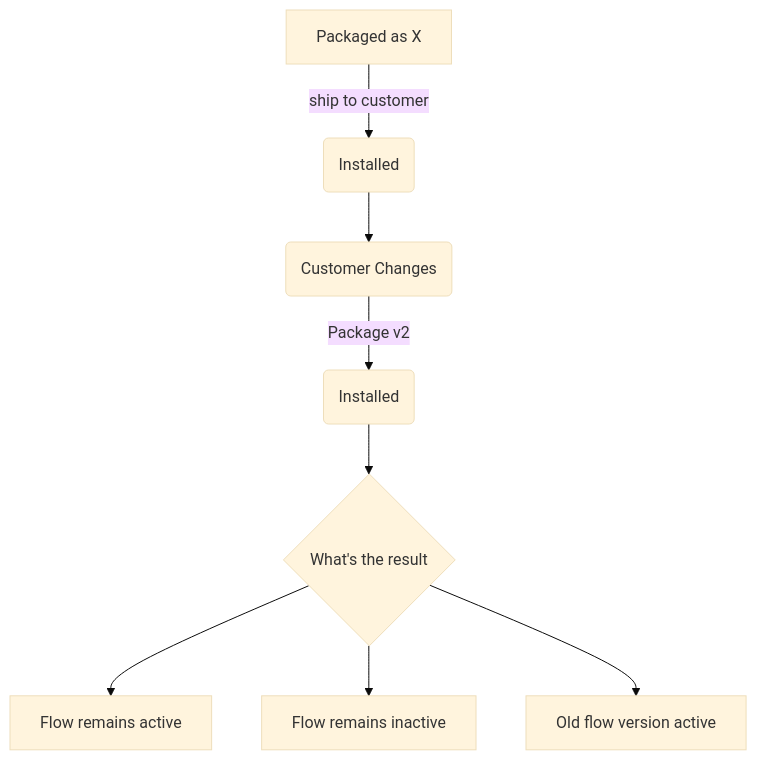
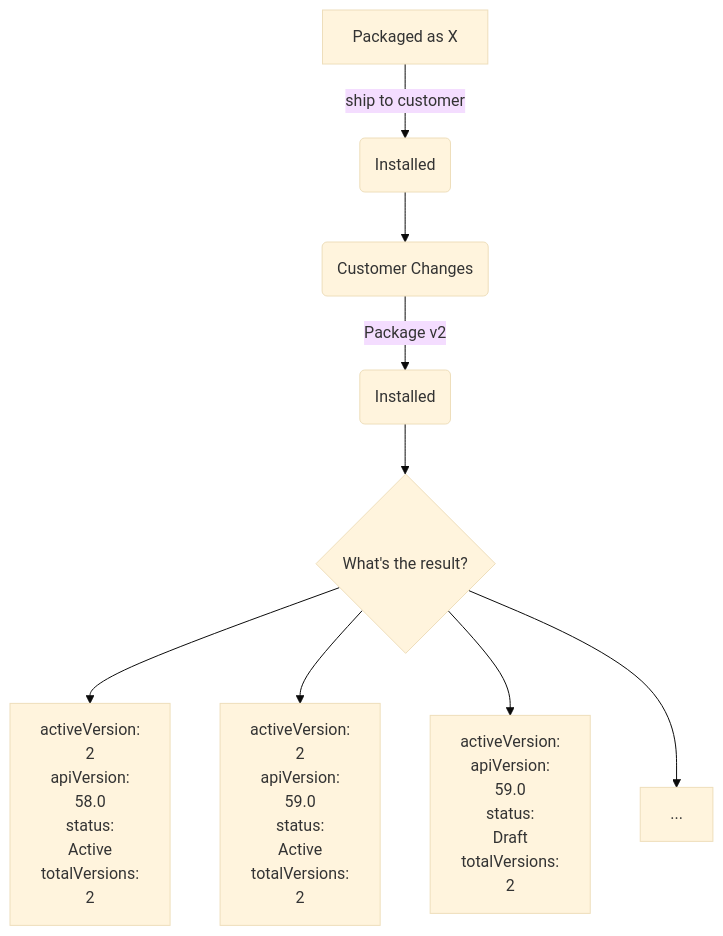
The diagram in README.md (mvogelgesang/flownarios), drawn with Mermaid (base theme) before and after one commit. The commit also changed other lines of this file and 2 other files, not shown here.

Commit message:
changed html page to index and added functionality to capture URL params to make for easier bookmarking and link sharing. Finalized README to explain how to run the experiment as well as what it does.

````diff
--- a/README.md
+++ b/README.md
@@ -19,10 +21,31 @@
 ```mermaid
 flowchart TD
     A[Packaged as X] -->|ship to customer| B(Installed)
     B -->C(Customer Changes)
     C -->|Package v2| D(Installed)
-    D -->E{What's the result}
-    E -->F[Flow remains active]
-    E -->G[Flow remains inactive]
-    E -->H[Old flow version active]
+    D -->E{What's the result?}
+    E -->F[activeVersion:
+2
+apiVersion:
+58.0
+status:
+Active
+totalVersions:
+2]
+    E -->G[activeVersion:
+2
+apiVersion:
+59.0
+status:
+Active
+totalVersions:
+2]
+    E -->H[activeVersion:
+apiVersion:
+59.0
+status:
+Draft
+totalVersions:
+2]
+    E -->I[...]
 ```
````
